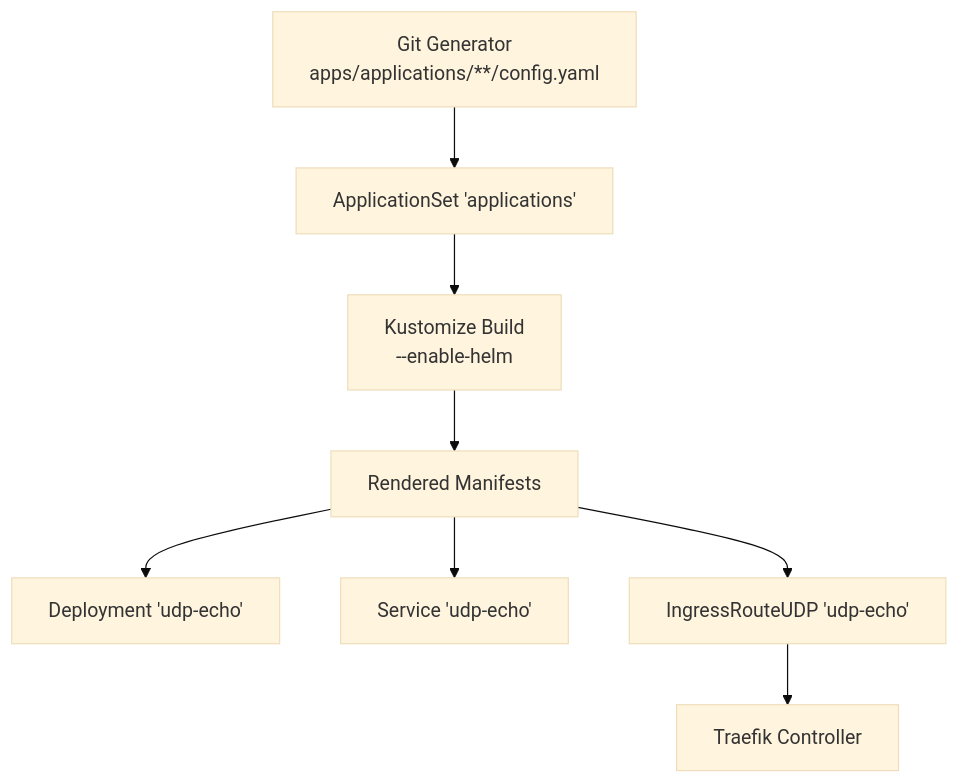
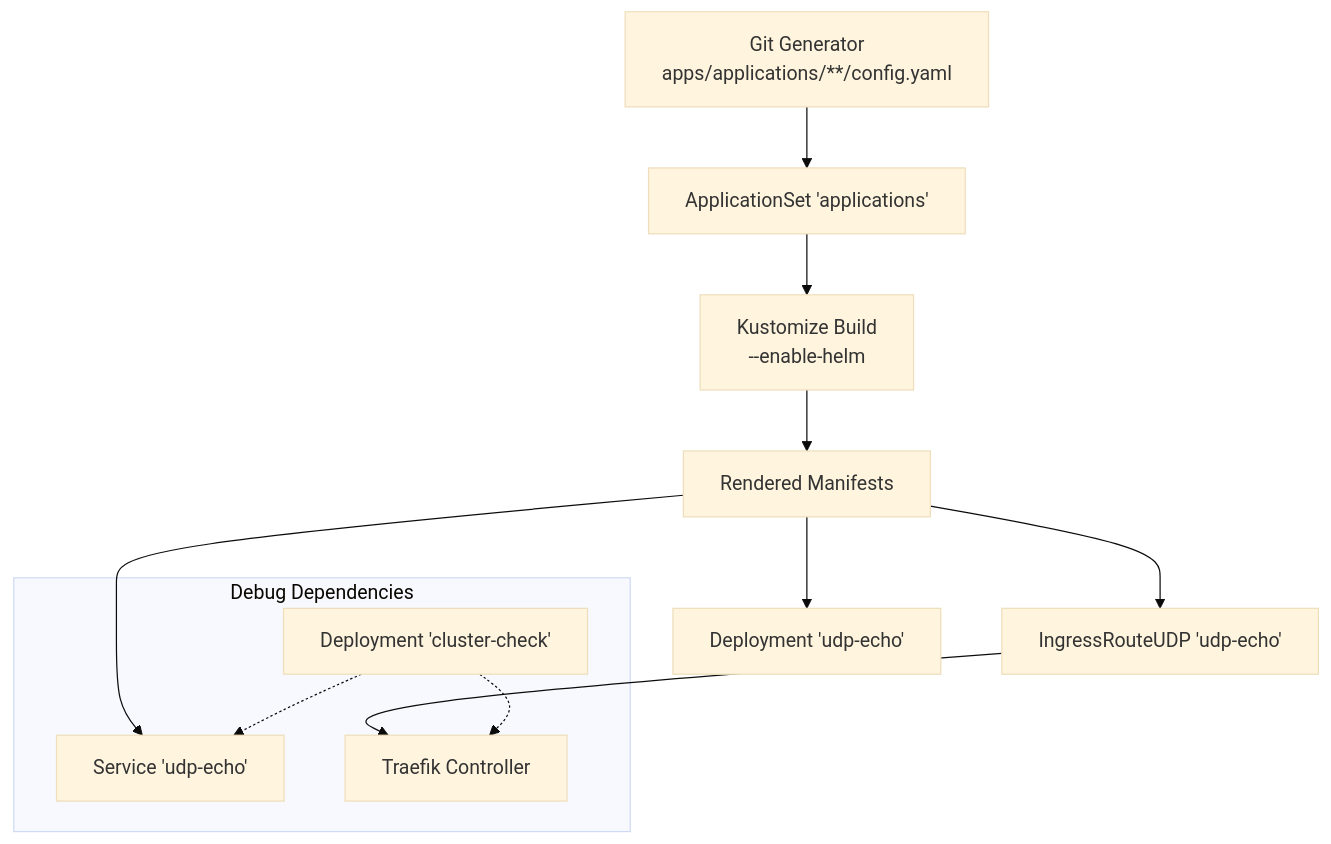
Before and after one commit to Hoangvu75/k8s_manifest: the third of 3 diagrams in .qoder/repowiki/en/content/Playground Applications/Demo Applications/UDP Echo Demo Application.md, drawn with Mermaid (base theme). The commit also changed other lines of this file and 5 other files, not shown here.

````diff
--- a/.qoder/repowiki/en/content/Playground Applications/Demo Applications/UDP Echo Demo Application.md
+++ b/.qoder/repowiki/en/content/Playground Applications/Demo Applications/UDP Echo Demo Application.md
@@ -172,10 +203,15 @@
 ```mermaid
 graph TB
 GEN["Git Generator<br/>apps/applications/**/config.yaml"] --> APPSET["ApplicationSet 'applications'"]
 APPSET --> KUSTOMIZE["Kustomize Build<br/>--enable-helm"]
 KUSTOMIZE --> MANIFESTS["Rendered Manifests"]
 MANIFESTS --> DEPLOYMENT["Deployment 'udp-echo'"]
 MANIFESTS --> SERVICE["Service 'udp-echo'"]
 MANIFESTS --> INGRESS["IngressRouteUDP 'udp-echo'"]
 INGRESS --> TRAEFIK["Traefik Controller"]
+subgraph "Debug Dependencies"
+CLUSTER_CHECK["Deployment 'cluster-check'"]
+CLUSTER_CHECK -.-> TRAEFIK
+CLUSTER_CHECK -.-> SERVICE
+end
 ```
````
